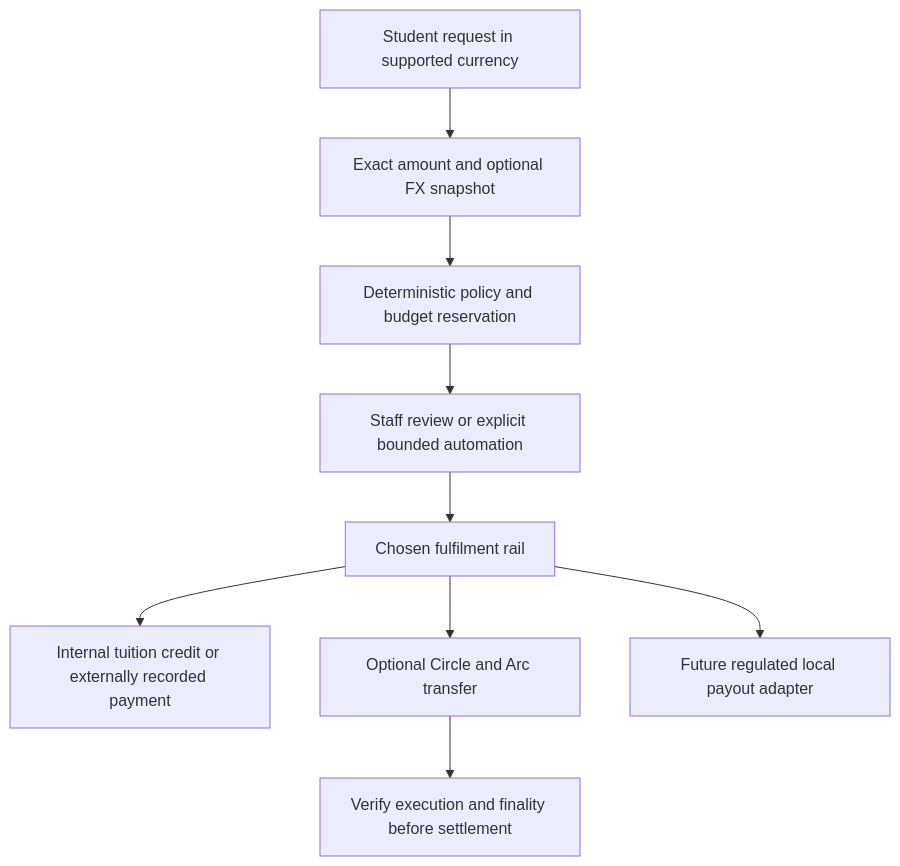
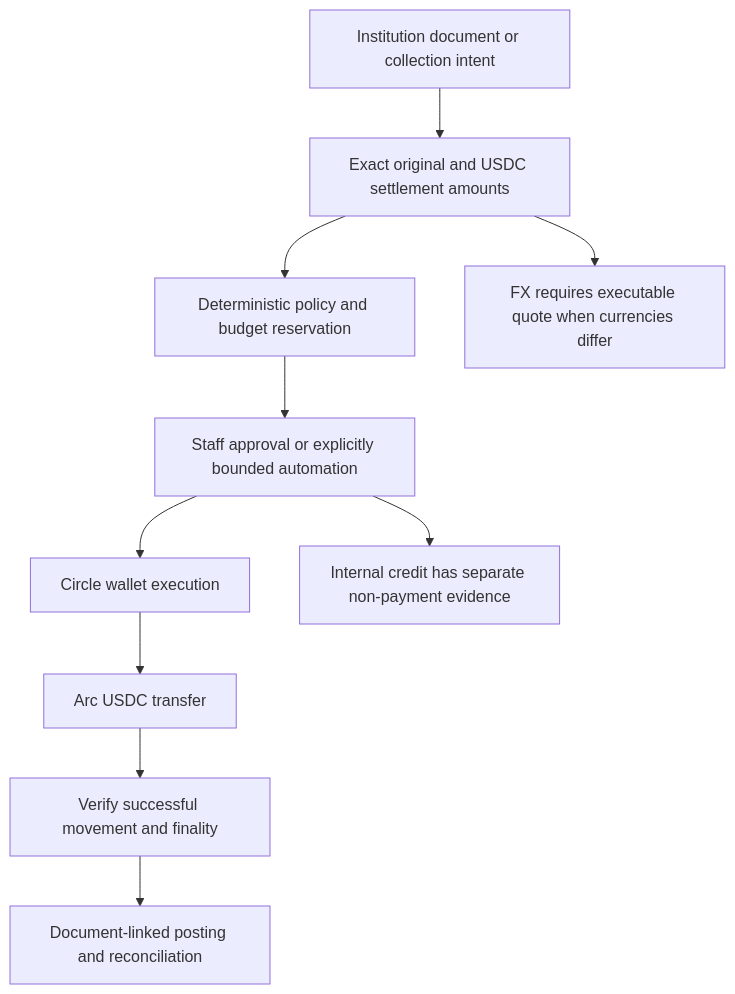
The first of 4 diagrams in PLAN.md (exurb3r/EduFlow), drawn with Mermaid before and after one commit. The commit also changed other lines of this file, not shown here.

Commit message:
docs(plan): align institution financial agent with Circle Agent Stack and Arc USDC as primary rails

````diff
--- a/PLAN.md
+++ b/PLAN.md
@@ -39,11 +42,12 @@
 ```mermaid
 graph TD
-    A[Student request in supported currency] --> B[Exact amount and optional FX snapshot]
+    A[Institution document or collection intent] --> B[Exact original and USDC settlement amounts]
     B --> C[Deterministic policy and budget reservation]
-    C --> D[Staff review or explicit bounded automation]
-    D --> E[Chosen fulfilment rail]
-    E --> F[Internal tuition credit or externally recorded payment]
-    E --> G[Optional Circle and Arc transfer]
-    G --> H[Verify execution and finality before settlement]
-    E --> I[Future regulated local payout adapter]
+    C --> D[Staff approval or explicitly bounded automation]
+    D --> E[Circle wallet execution]
+    E --> F[Arc USDC transfer]
+    F --> G[Verify successful movement and finality]
+    G --> H[Document-linked posting and reconciliation]
+    B --> I[FX requires executable quote when currencies differ]
+    D --> J[Internal credit has separate non-payment evidence]
 ```
````
